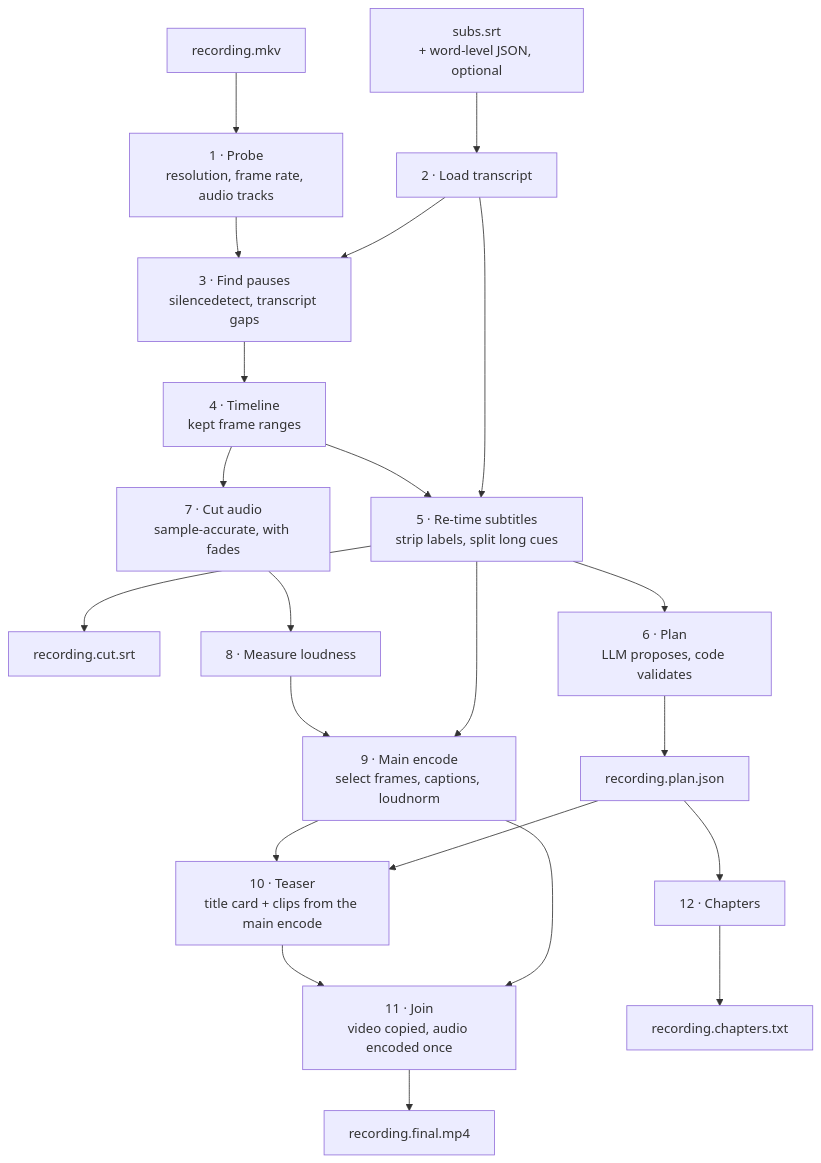
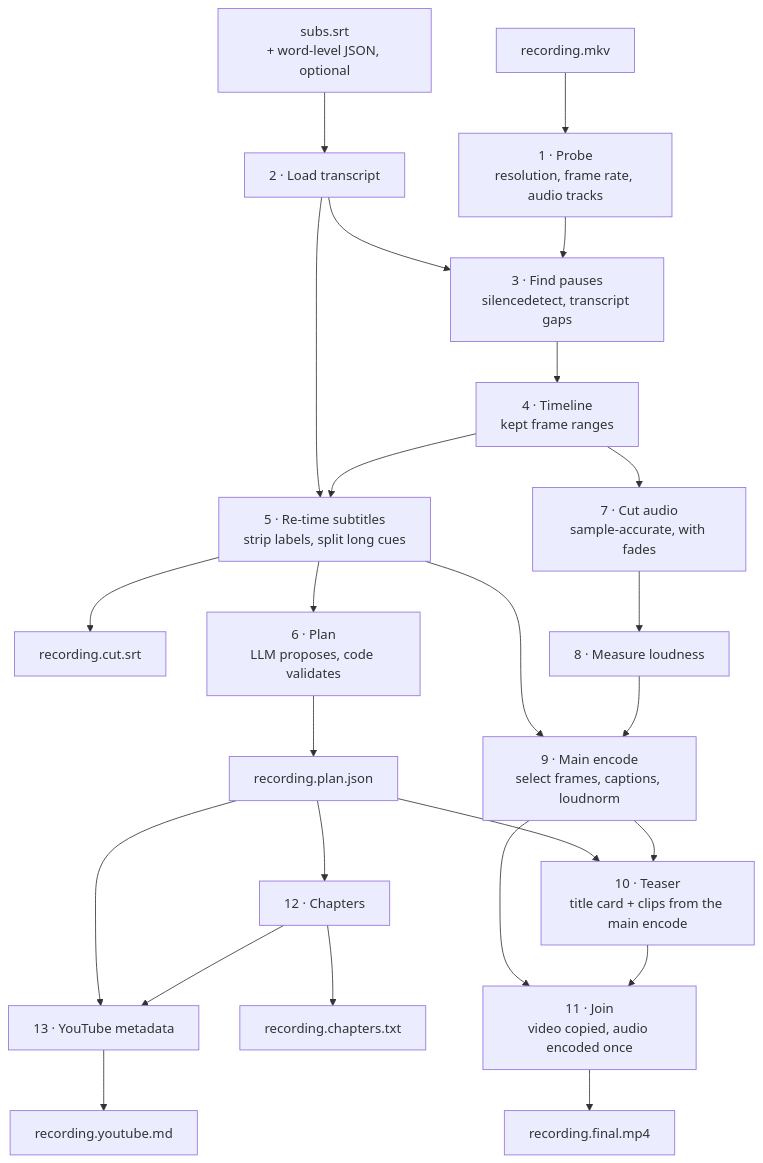
The diagram in docs/how-it-works.md (gruz0/pare), drawn with Mermaid before and after one commit. The commit also changed other lines of this file and 12 other files, not shown here.

Commit message:
feat(plan): draft YouTube metadata and file names in the plan (#9)

````diff
--- a/docs/how-it-works.md
+++ b/docs/how-it-works.md
@@ -5,23 +5,25 @@
 ```mermaid
 flowchart TD
     V[recording.mkv] --> P[1 · Probe<br/>resolution, frame rate, audio tracks]
     S[subs.srt<br/>+ word-level JSON, optional] --> T[2 · Load transcript]
     P --> D[3 · Find pauses<br/>silencedetect, transcript gaps]
     T --> D
     D --> TL[4 · Timeline<br/>kept frame ranges]
     TL --> R[5 · Re-time subtitles<br/>strip labels, split long cues]
     T --> R
     R --> CS[recording.cut.srt]
     R --> L[6 · Plan<br/>LLM proposes, code validates]
     L --> PJ[recording.plan.json]
     TL --> A[7 · Cut audio<br/>sample-accurate, with fades]
     A --> N[8 · Measure loudness]
     N --> M[9 · Main encode<br/>select frames, captions, loudnorm]
     R --> M
     M --> C[10 · Teaser<br/>title card + clips from the main encode]
     PJ --> C
     C --> J[11 · Join<br/>video copied, audio encoded once]
     M --> J
     J --> F[recording.final.mp4]
     PJ --> CH[12 · Chapters] --> CT[recording.chapters.txt]
+    CH --> YT[13 · YouTube metadata] --> YM[recording.youtube.md]
+    PJ --> YT
 ```
````
